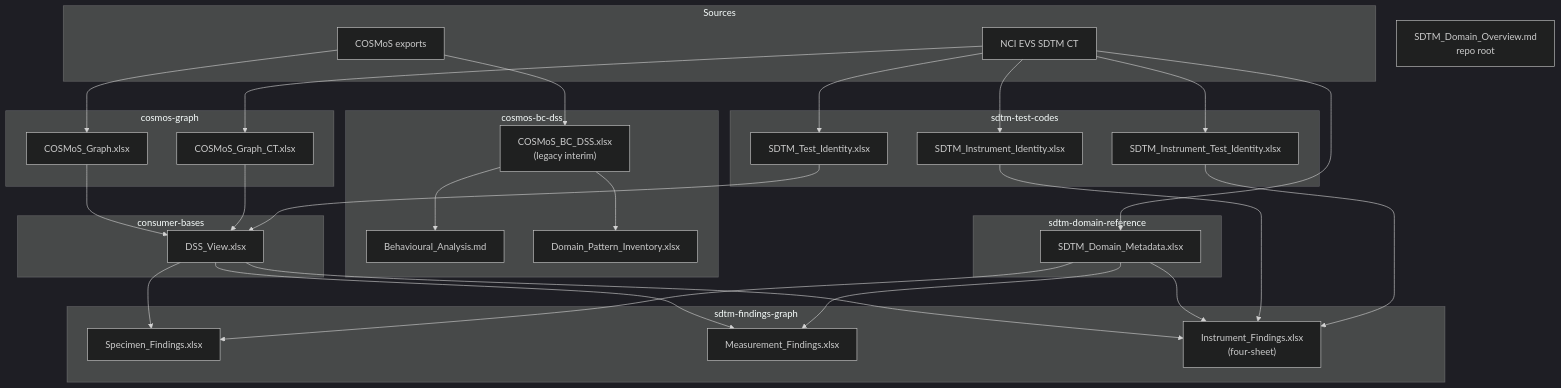
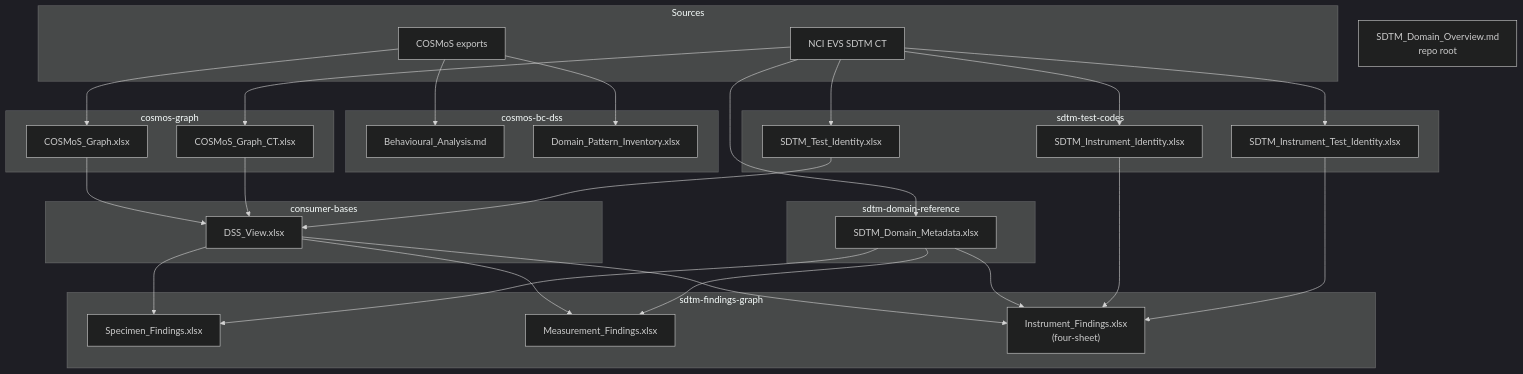
One commit to kerfors/cdisc-for-ai changed the diagram in README.md. Above: the diagram before and after it, drawn with Mermaid (dark theme). The commit also changed other lines of this file and 47 other files, not shown here.

First line of the commit message:
feat: retire legacy sdtm-findings track and cosmos-bc-dss flatten

````diff
--- a/README.md
+++ b/README.md
@@ -83,63 +81,61 @@
 ```mermaid
 graph TD
     subgraph Sources
         EVS["NCI EVS SDTM CT"]
         COS["COSMoS exports"]
     end
 
     subgraph sdtm-test-codes
         TI["SDTM_Test_Identity.xlsx"]
         ITI["SDTM_Instrument_Test_Identity.xlsx"]
         II["SDTM_Instrument_Identity.xlsx"]
     end
 
     subgraph cosmos-bc-dss
-        BCD["COSMoS_BC_DSS.xlsx<br/>(legacy interim)"]
         BA["Behavioural_Analysis.md"]
         DPI["Domain_Pattern_Inventory.xlsx"]
     end
 
     subgraph cosmos-graph
         CG["COSMoS_Graph.xlsx"]
         CGC["COSMoS_Graph_CT.xlsx"]
     end
 
     subgraph sdtm-domain-reference
         DM["SDTM_Domain_Metadata.xlsx"]
     end
 
     subgraph consumer-bases
         DV["DSS_View.xlsx"]
     end
 
     subgraph sdtm-findings-graph
         SF["Specimen_Findings.xlsx"]
         MF["Measurement_Findings.xlsx"]
         IF["Instrument_Findings.xlsx<br/>(four-sheet)"]
     end
 
     EVS --> TI
     EVS --> ITI
     EVS --> II
     EVS --> DM
     EVS --> CGC
-    COS --> BCD
     COS --> CG
-    BCD --> BA
-    BCD --> DPI
+    COS --> BA
+    COS --> DPI
 
     CG --> DV
     CGC --> DV
     TI --> DV
 
     DV --> SF
     DV --> MF
     DV --> IF
     DM --> SF
     DM --> MF
     DM --> IF
     II --> IF
     ITI --> IF
 
     DO["SDTM_Domain_Overview.md<br/>repo root"]
 ```
````
